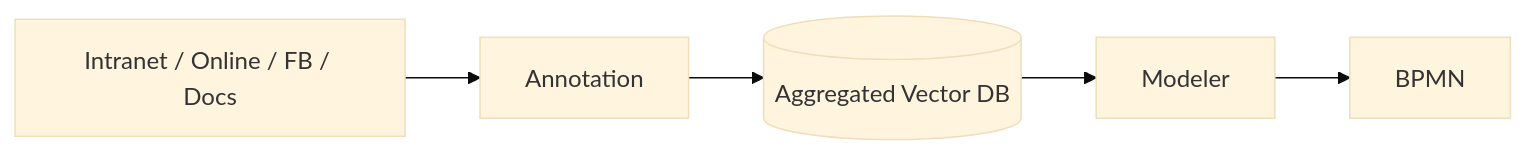
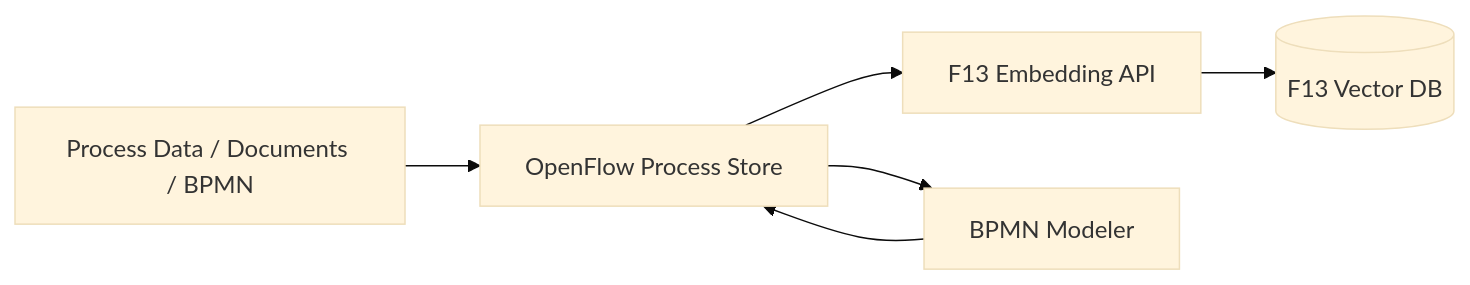
The first of 4 diagrams in README.md (vensas/govtech-hackathon-2025-openflow), drawn with Mermaid (base theme) before and after one commit. The commit also changed other lines of this file and 2 other files, not shown here.

Commit message:
feat: Revisit poc architecture, prepare docs for demo

````diff
--- a/README.md
+++ b/README.md
@@ -9,10 +11,14 @@
 ```mermaid
 flowchart LR
-    A[Intranet / Online / FB / Docs]
-    B[Annotation]
-    C[(Aggregated Vector DB)]
-    D[Modeler]
-    E[BPMN]
+    A[Process Data / Documents / BPMN]
+    B[OpenFlow Process Store]
+    C[F13 Embedding API]
+    D[(F13 Vector DB)]
+    E[BPMN Modeler]
 
-    A --> B --> C --> D --> E
+    A --> B
+    B --> C
+    C --> D
+    E --> B
+    B --> E
 ```
````
